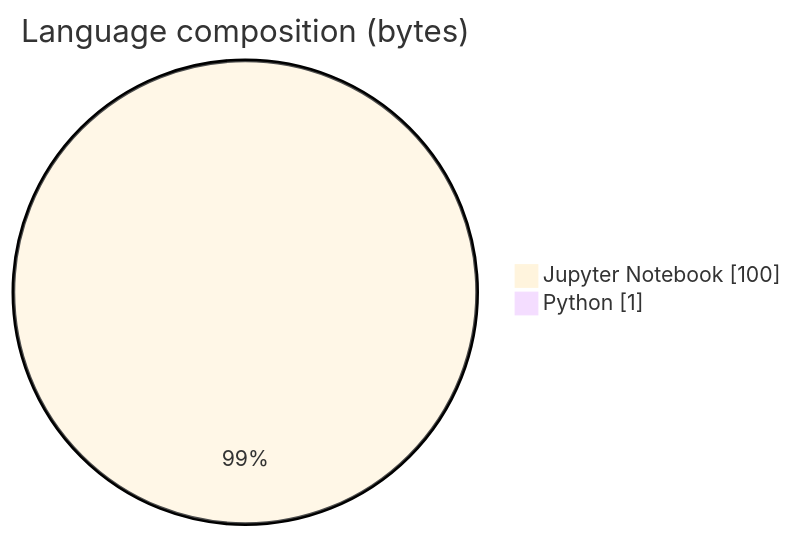
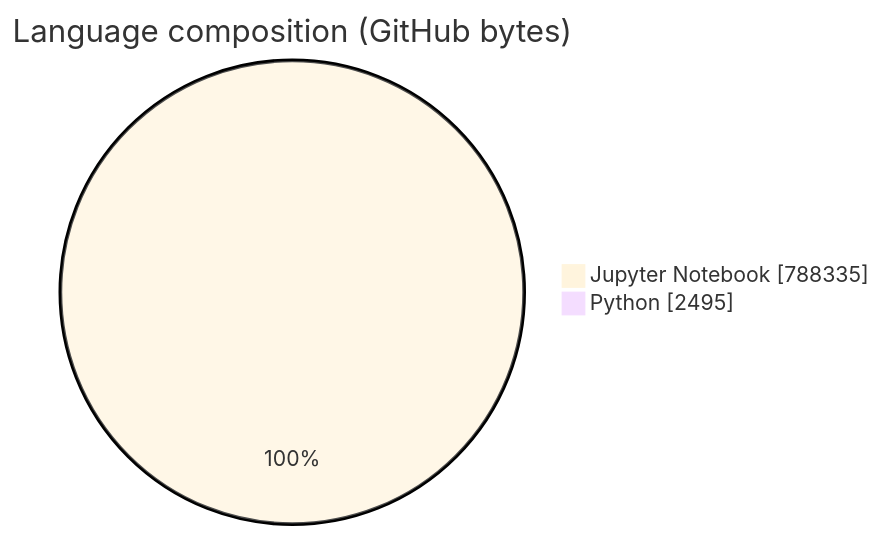
Before and after one commit to ArchanaChetan07/Metro-Interstate-Traffic-Volume-Forecasting: the sixth of 6 diagrams in README.md, drawn with Mermaid. The commit also changed other lines of this file, not shown here.

Commit message:
docs: professional FAANG README with architecture diagrams and traceable results

````diff
--- a/README.md
+++ b/README.md
@@ -64,6 +196,6 @@
 ```mermaid
 %%{init: {'theme':'base'}}%%
-pie showData title Language composition (bytes)
-    "Jupyter Notebook" : 100
-    "Python" : 1
+pie showData title Language composition (GitHub bytes)
+    "Jupyter Notebook" : 788335
+    "Python" : 2495
 ```
````
